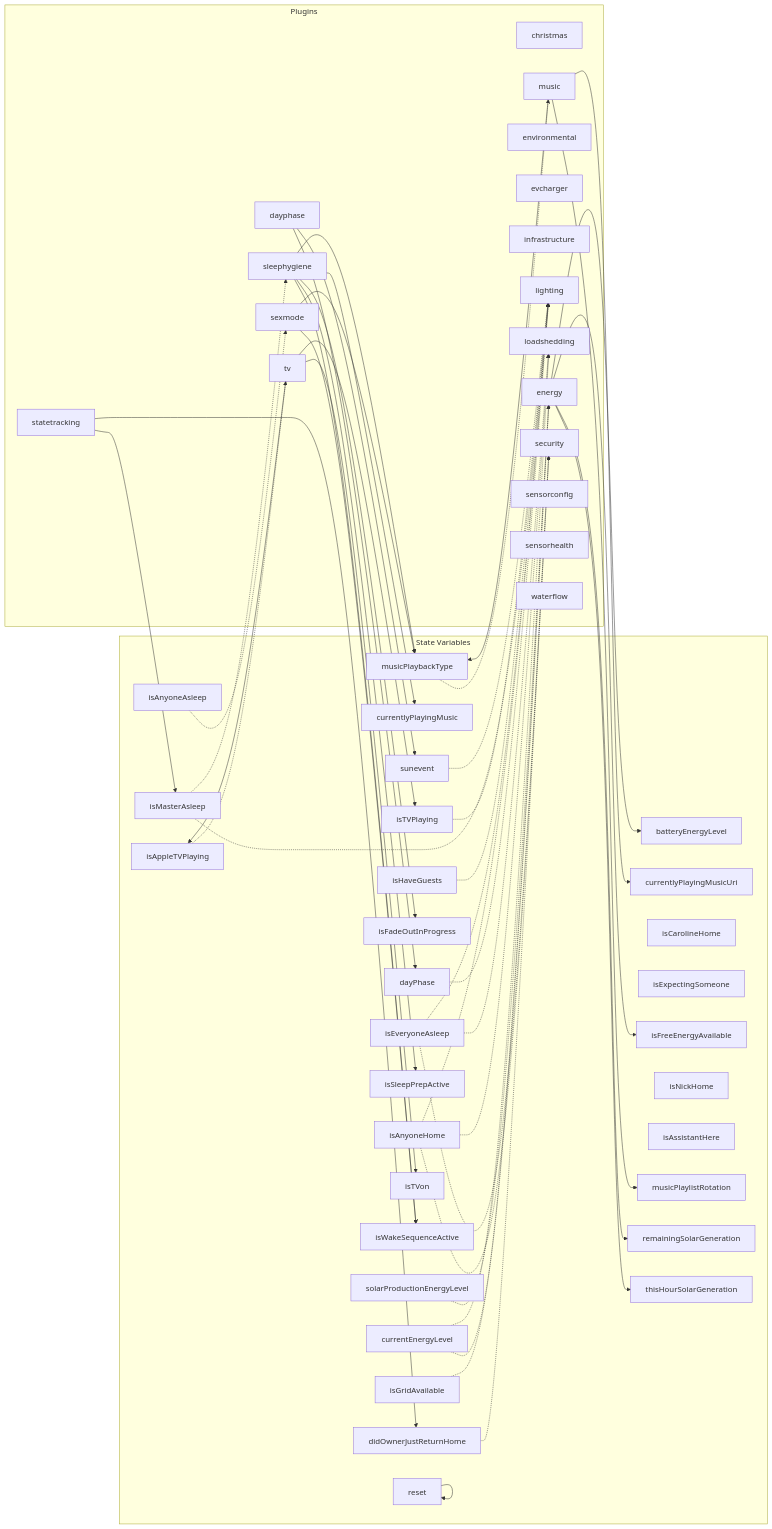
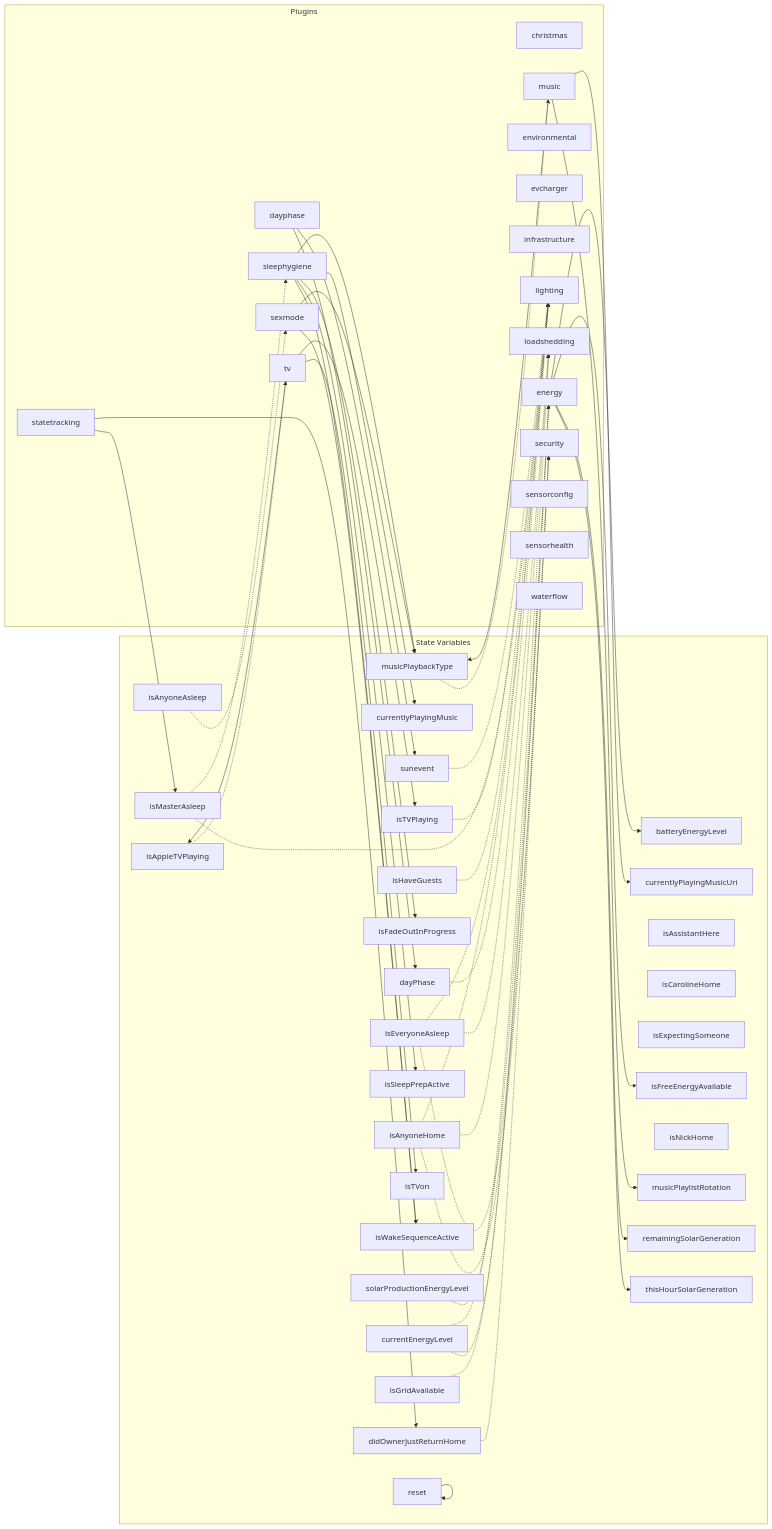
Before and after one commit to NickBorgers/home-automation: the diagram in docs/generated/plugin-dependencies.md, drawn with Mermaid. The commit also changed other lines of this file and 1 other file, not shown here.

Commit message:
chore: regenerate diagrams

```diff
--- a/docs/generated/plugin-dependencies.md
+++ b/docs/generated/plugin-dependencies.md
@@ -14,6 +14,7 @@
         isAnyoneAsleep["isAnyoneAsleep"]
         isAnyoneHome["isAnyoneHome"]
         isAppleTVPlaying["isAppleTVPlaying"]
+        isAssistantHere["isAssistantHere"]
         isCarolineHome["isCarolineHome"]
         isEveryoneAsleep["isEveryoneAsleep"]
         isExpectingSomeone["isExpectingSomeone"]
@@ -26,7 +27,6 @@
         isSleepPrepActive["isSleepPrepActive"]
         isTVPlaying["isTVPlaying"]
         isTVon["isTVon"]
-        isAssistantHere["isAssistantHere"]
         isWakeSequenceActive["isWakeSequenceActive"]
         musicPlaybackType["musicPlaybackType"]
         musicPlaylistRotation["musicPlaylistRotation"]
```
